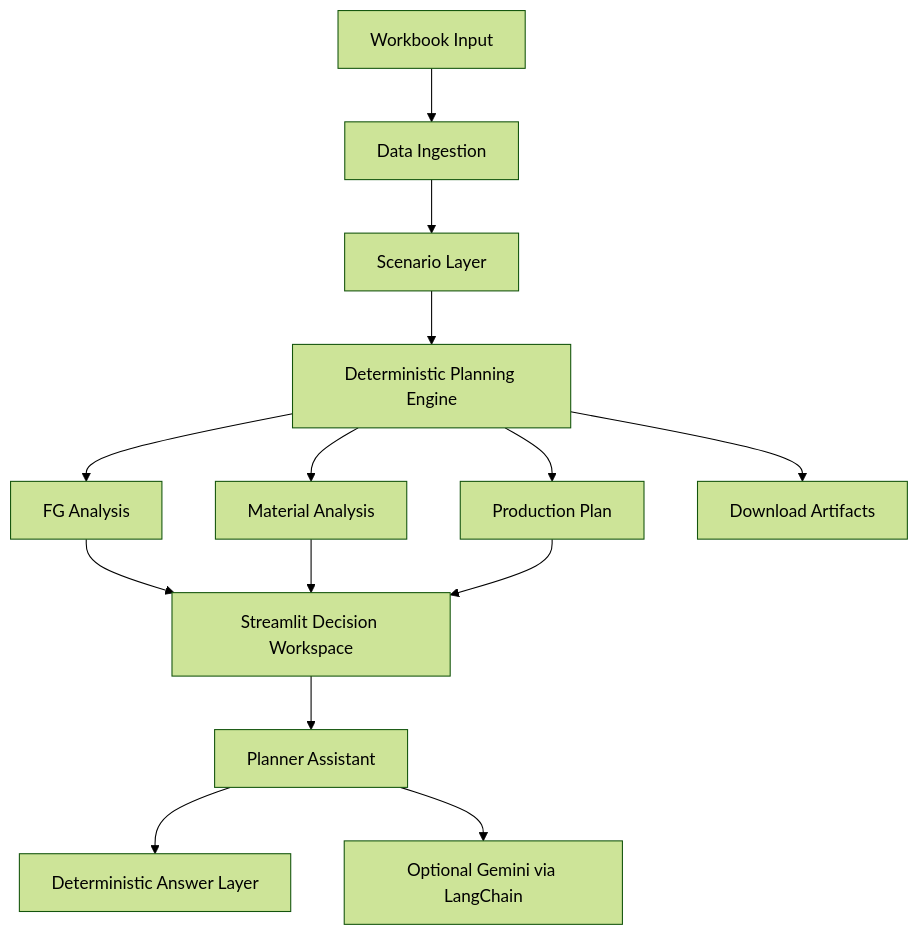
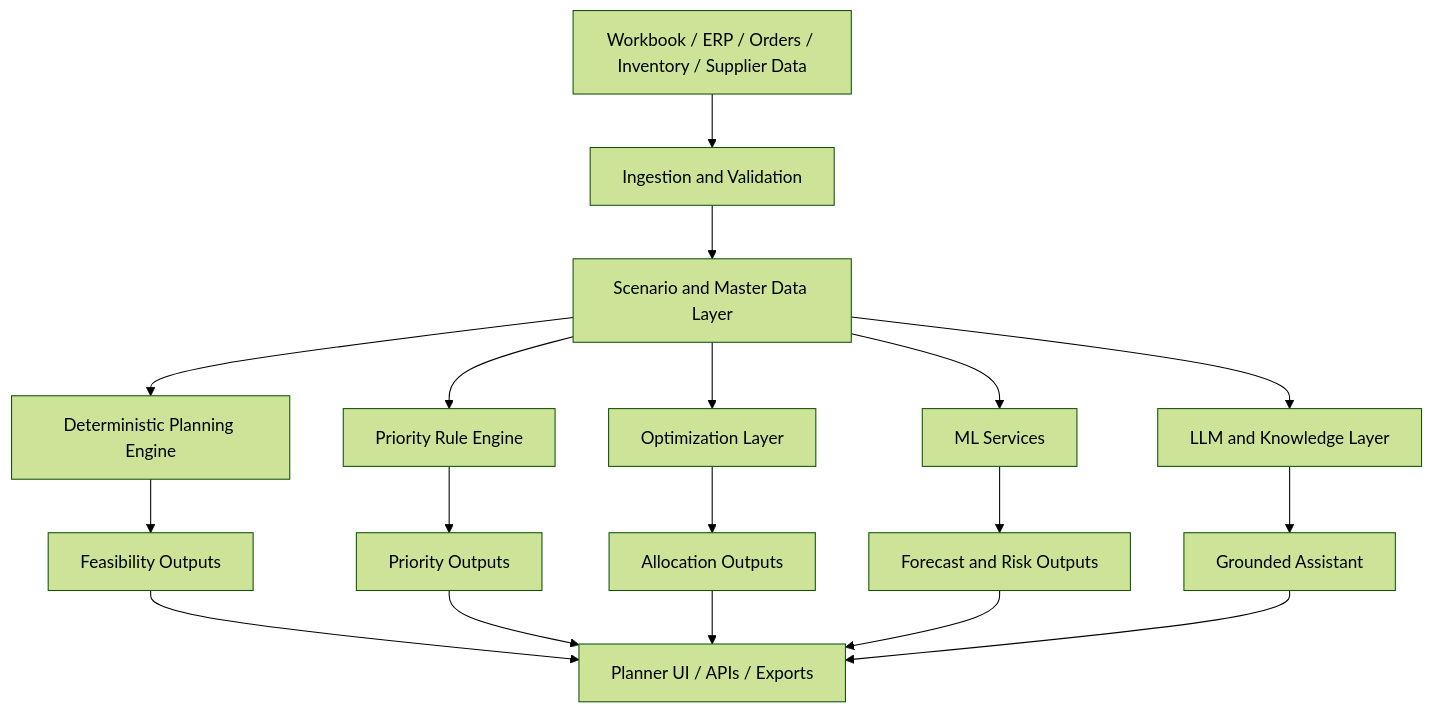
One commit to InsightfulSantosh/ForgeBoard changed the diagram in Desktop/ForgeBoard/docs/cs_electrics_pitch_deck.md. Above: the diagram before and after it, drawn with Mermaid (forest theme). The commit also changed other lines of this file and 3 other files, not shown here.

````diff
--- a/Desktop/ForgeBoard/docs/cs_electrics_pitch_deck.md
+++ b/Desktop/ForgeBoard/docs/cs_electrics_pitch_deck.md
@@ -294,16 +483,20 @@
 ```mermaid
 flowchart TD
-    A["Workbook Input"] --> B["Data Ingestion"]
-    B --> C["Scenario Layer"]
+    A["Workbook / ERP / Orders / Inventory / Supplier Data"] --> B["Ingestion and Validation"]
+    B --> C["Scenario and Master Data Layer"]
     C --> D["Deterministic Planning Engine"]
-    D --> E["FG Analysis"]
-    D --> F["Material Analysis"]
-    D --> G["Production Plan"]
-    E --> H["Streamlit Decision Workspace"]
-    F --> H
-    G --> H
-    D --> I["Download Artifacts"]
-    H --> J["Planner Assistant"]
-    J --> K["Deterministic Answer Layer"]
-    J --> L["Optional Gemini via LangChain"]
+    C --> E["Priority Rule Engine"]
+    C --> F["Optimization Layer"]
+    C --> G["ML Services"]
+    C --> H["LLM and Knowledge Layer"]
+    D --> I["Feasibility Outputs"]
+    E --> J["Priority Outputs"]
+    F --> K["Allocation Outputs"]
+    G --> L["Forecast and Risk Outputs"]
+    H --> M["Grounded Assistant"]
+    I --> N["Planner UI / APIs / Exports"]
+    J --> N
+    K --> N
+    L --> N
+    M --> N
 ```
````
